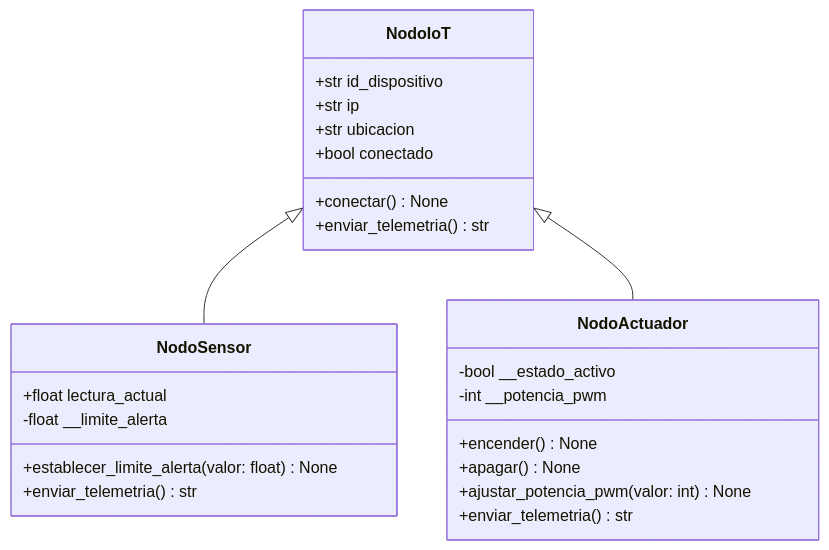
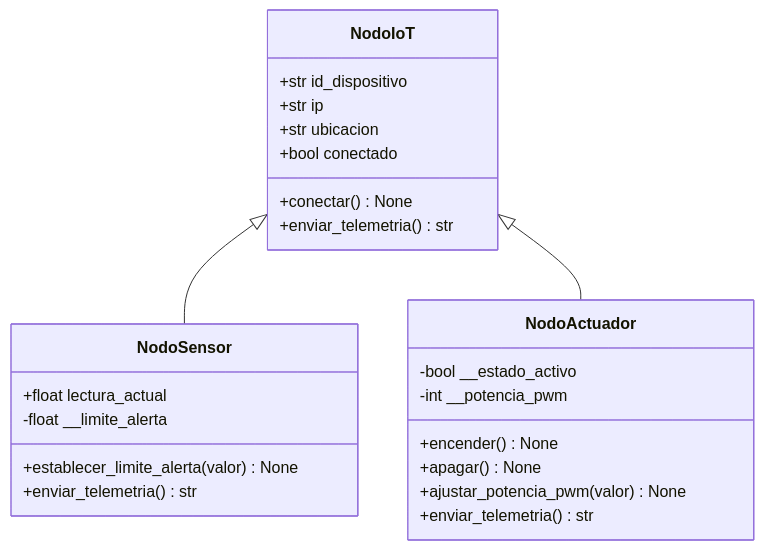
Before and after one commit to Maxloeza18/poo_MADE: the diagram in practica-02/docs/Avance_Semana_01_Practica_02.md, drawn with Mermaid. The commit also changed other lines of this file, not shown here.

````diff
--- a/practica-02/docs/Avance_Semana_01_Practica_02.md
+++ b/practica-02/docs/Avance_Semana_01_Practica_02.md
@@ -46,30 +60,30 @@
 ```mermaid
 classDiagram
     class NodoIoT {
         +str id_dispositivo
         +str ip
         +str ubicacion
         +bool conectado
         +conectar() None
         +enviar_telemetria() str
     }
 
     class NodoSensor {
         +float lectura_actual
         -float __limite_alerta
-        +establecer_limite_alerta(valor: float) None
+        +establecer_limite_alerta(valor) None
         +enviar_telemetria() str
     }
 
     class NodoActuador {
         -bool __estado_activo
         -int __potencia_pwm
         +encender() None
         +apagar() None
-        +ajustar_potencia_pwm(valor: int) None
+        +ajustar_potencia_pwm(valor) None
         +enviar_telemetria() str
     }
 
     NodoIoT <|-- NodoSensor
     NodoIoT <|-- NodoActuador
 ```
````
